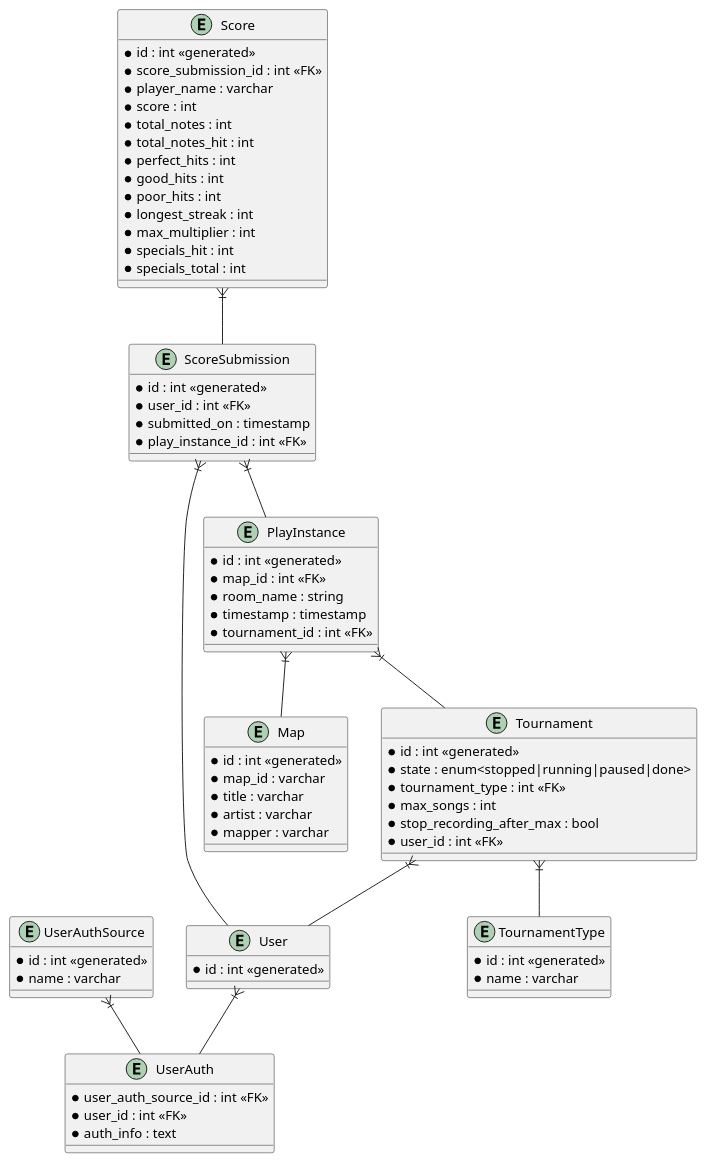
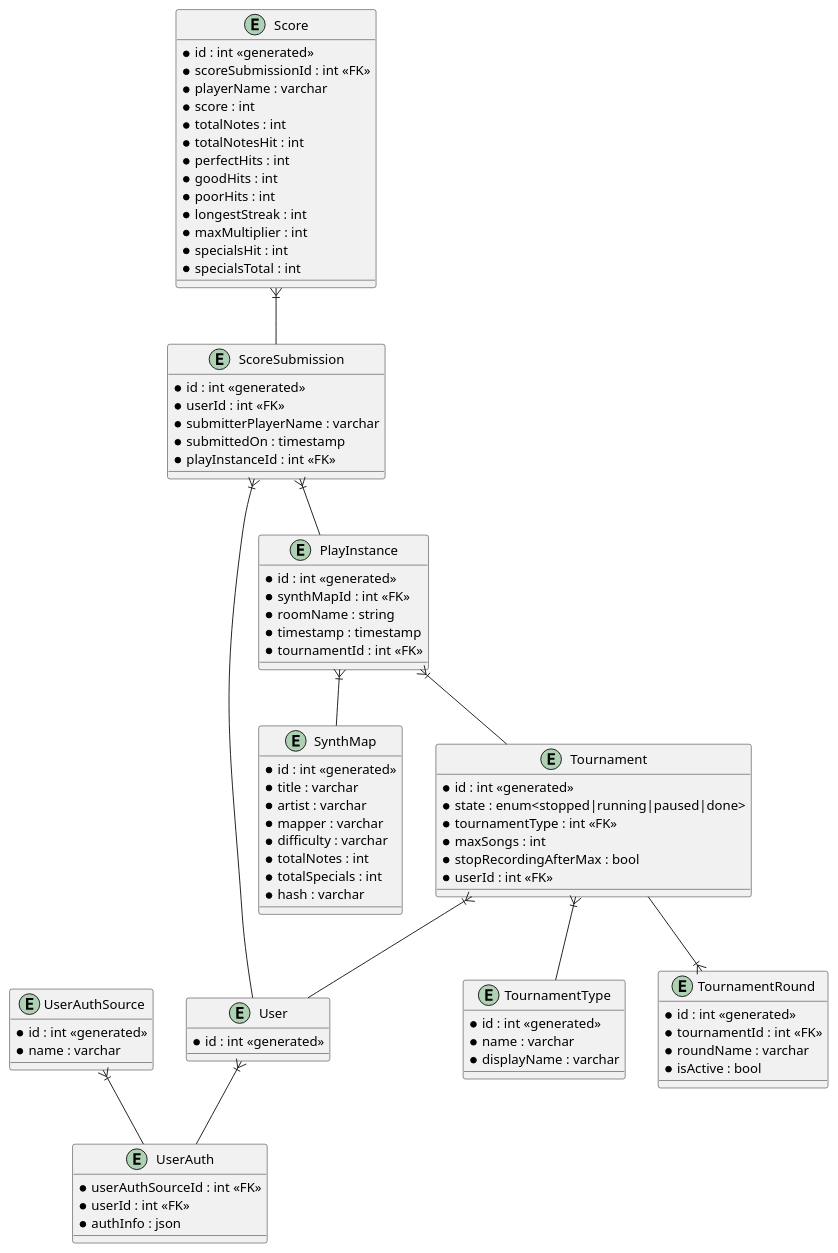
The first of 2 diagrams in docs/erd.puml (steglasaurous/synth-tourney), drawn with PlantUML before and after one commit. The commit also changed 2 other files, not shown here.

```diff
--- a/docs/erd.puml
+++ b/docs/erd.puml
@@ -1,81 +1,94 @@
 @startuml Future state
     entity User {
         * id : int <<generated>>
     }
 
     entity UserAuth {
-        * user_auth_source_id : int <<FK>>
-        * user_id : int <<FK>>
-        * auth_info : text
+        * userAuthSourceId : int <<FK>>
+        * userId : int <<FK>>
+        * authInfo : json
     }
 
     entity UserAuthSource {
         * id : int <<generated>>
         * name : varchar
     }
 
-    entity Map {
+    entity SynthMap {
         * id : int <<generated>>
-        * map_id : varchar
         * title : varchar
         * artist : varchar
         * mapper : varchar
+        * difficulty : varchar
+        * totalNotes : int
+        * totalSpecials : int
+        * hash : varchar
     }
 
     entity Tournament {
         * id : int <<generated>>
         * state : enum<stopped|running|paused|done>
-        * tournament_type : int <<FK>>
-        * max_songs : int
-        * stop_recording_after_max : bool
-        * user_id : int <<FK>>
+        * tournamentType : int <<FK>>
+        * maxSongs : int
+        * stopRecordingAfterMax : bool
+        * userId : int <<FK>>
     }
 
     entity TournamentType {
         * id : int <<generated>>
         * name : varchar
+        * displayName : varchar
+    }
+
+    entity TournamentRound {
+        * id : int <<generated>>
+        * tournamentId : int <<FK>>
+        * roundName : varchar
+        * isActive : bool
     }
 
     entity PlayInstance {
         * id : int <<generated>>
-        * map_id : int <<FK>>
-        * room_name : string
+        * synthMapId : int <<FK>>
+        * roomName : string
         * timestamp : timestamp
-        * tournament_id : int <<FK>>
+        * tournamentId : int <<FK>>
     }
 
     entity ScoreSubmission {
         * id : int <<generated>>
-        * user_id : int <<FK>>
-        * submitted_on : timestamp
-        * play_instance_id : int <<FK>>
+        * userId : int <<FK>>
+        * submitterPlayerName : varchar
+        * submittedOn : timestamp
+        * playInstanceId : int <<FK>>
     }
 
     entity Score {
         * id : int <<generated>>
-        * score_submission_id : int <<FK>>
-        * player_name : varchar
+        * scoreSubmissionId : int <<FK>>
+        * playerName : varchar
         * score : int
-        * total_notes : int
-        * total_notes_hit : int
-        * perfect_hits : int
-        * good_hits : int
-        * poor_hits : int
-        * longest_streak : int
-        * max_multiplier : int
-        * specials_hit : int
-        * specials_total : int
+        * totalNotes : int
+        * totalNotesHit : int
+        * perfectHits : int
+        * goodHits : int
+        * poorHits : int
+        * longestStreak : int
+        * maxMultiplier : int
+        * specialsHit : int
+        * specialsTotal : int
     }
 
     UserAuthSource }|-- UserAuth
     User }|-- UserAuth
 
     Score }|-- ScoreSubmission
     ScoreSubmission }|-- PlayInstance
     ScoreSubmission }|-- User
-    PlayInstance }|-- Map
+    PlayInstance }|-- SynthMap
     PlayInstance }|-- Tournament
     Tournament }|-- TournamentType
     Tournament }|-- User
+    Tournament --|{ TournamentRound
 
 @enduml
```
